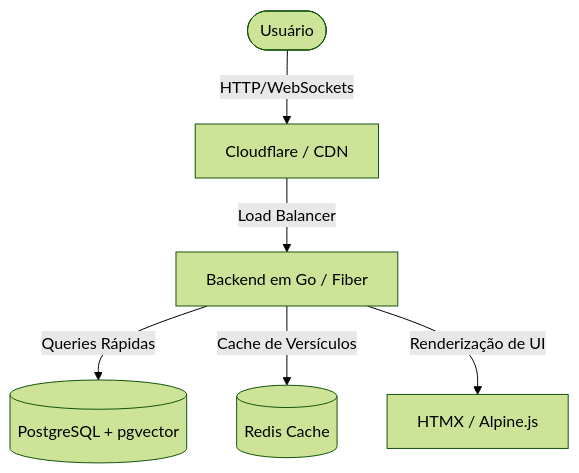
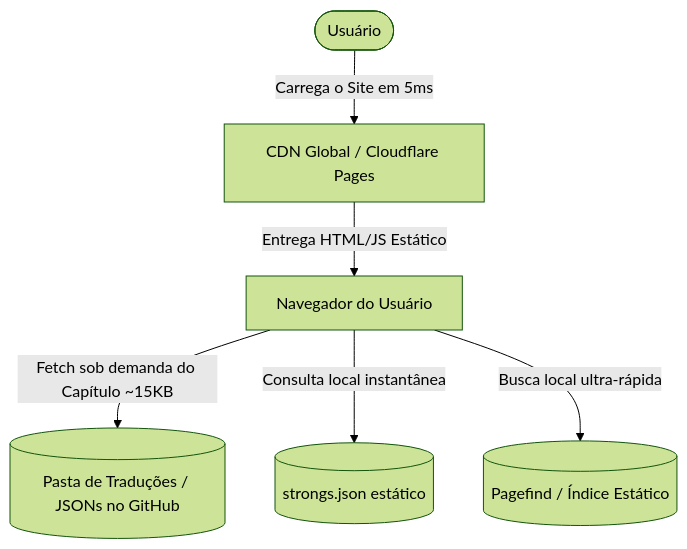
One commit to cristianismohumilde/AI-BIBLE changed the diagram in FUTURE_WEB_APP_PLAN.md. Above: the diagram before and after it, drawn with Mermaid (forest theme). The commit also changed other lines of this file and 1 other file, not shown here.

Commit message:
Update web app plans in Portuguese and English to leverage a permanent 100% free serverless JAMstack static architecture

````diff
--- a/FUTURE_WEB_APP_PLAN.md
+++ b/FUTURE_WEB_APP_PLAN.md
@@ -50,8 +49,8 @@
 ```mermaid
 graph TD
-    User([Usuário]) -->|HTTP/WebSockets| CDN[Cloudflare / CDN]
-    CDN -->|Load Balancer| Backend[Backend em Go / Fiber]
-    Backend -->|Queries Rápidas| DB[(PostgreSQL + pgvector)]
-    Backend -->|Cache de Versículos| Redis[(Redis Cache)]
-    Backend -->|Renderização de UI| HTMX[HTMX / Alpine.js]
+    User([Usuário]) -->|Carrega o Site em 5ms| CDN[CDN Global / Cloudflare Pages]
+    CDN -->|Entrega HTML/JS Estático| Browser[Navegador do Usuário]
+    Browser -->|Fetch sob demanda do Capítulo ~15KB| JSONs[(Pasta de Traduções / JSONs no GitHub)]
+    Browser -->|Consulta local instantânea| Strongs[(strongs.json estático)]
+    Browser -->|Busca local ultra-rápida| Index[(Pagefind / Índice Estático)]
 ```
````
